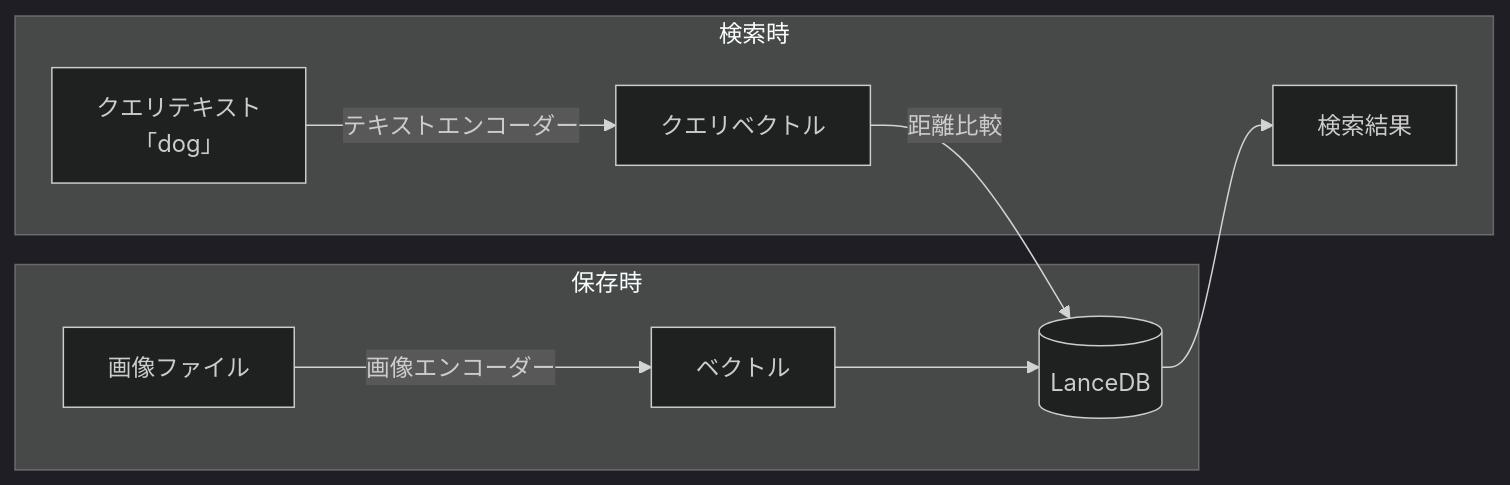
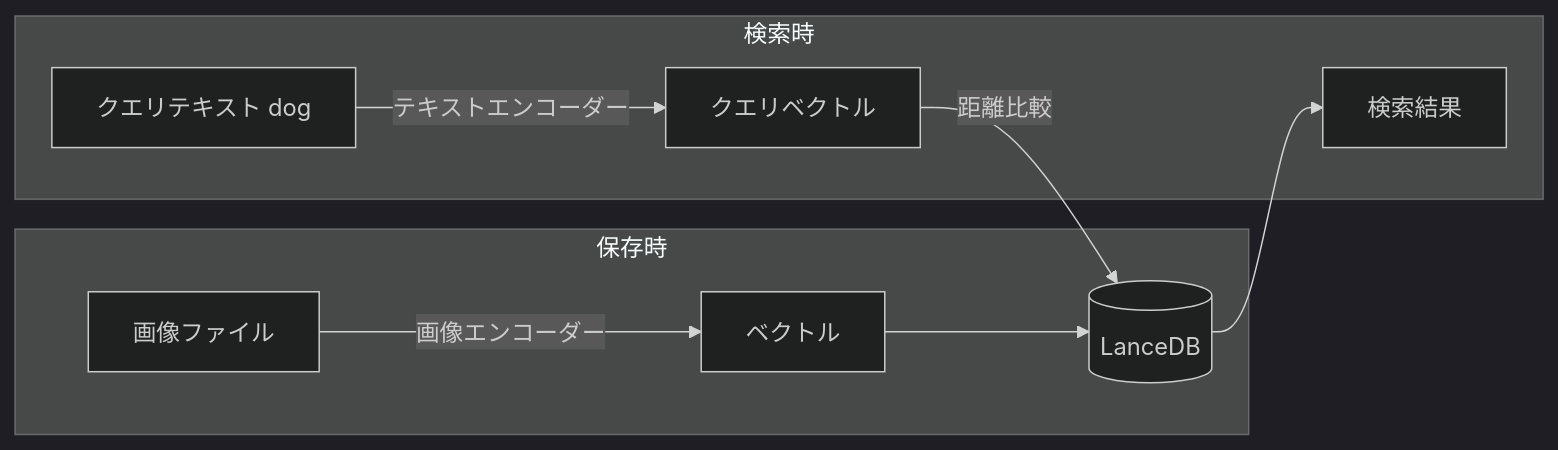
The first of 2 diagrams in drafts/lancedb-multimodal-openclip.md (HasutoSasaki/articles), drawn with Mermaid (dark theme) before and after one commit. The commit also changed other lines of this file, not shown here.

````diff
--- a/drafts/lancedb-multimodal-openclip.md
+++ b/drafts/lancedb-multimodal-openclip.md
@@ -28,13 +17,13 @@
 ```mermaid
 flowchart LR
   subgraph 保存時
     A[画像ファイル] -->|画像エンコーダー| B[ベクトル]
     B --> DB[(LanceDB)]
   end
 
   subgraph 検索時
-    Q["クエリテキスト\n「dog」"] -->|テキストエンコーダー| QV[クエリベクトル]
+    Q["クエリテキスト dog"] -->|テキストエンコーダー| QV[クエリベクトル]
     QV -->|距離比較| DB
     DB --> R[検索結果]
   end
 ```
````
